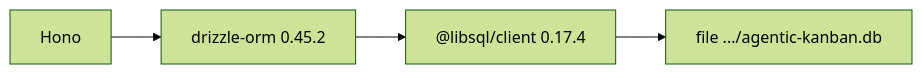
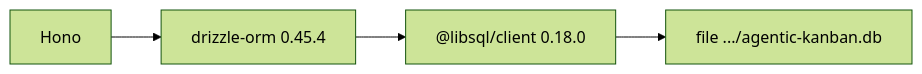
The first of 2 diagrams in diagrams/04-base-de-datos.md (JoseAntonioNuevo/agentic-kanban), drawn with Mermaid (forest theme) before and after one commit. The commit also changed 20 other files, not shown here.

````diff
--- a/diagrams/04-base-de-datos.md
+++ b/diagrams/04-base-de-datos.md
@@ -5,6 +5,6 @@
 ```mermaid
 flowchart LR
-  hono["Hono"] --> drizzle["drizzle-orm 0.45.2"]
-  drizzle --> libsql["@libsql/client 0.17.4"]
+  hono["Hono"] --> drizzle["drizzle-orm 0.45.4"]
+  drizzle --> libsql["@libsql/client 0.18.0"]
   libsql --> dbfile["file .../agentic-kanban.db"]
 ```
````
